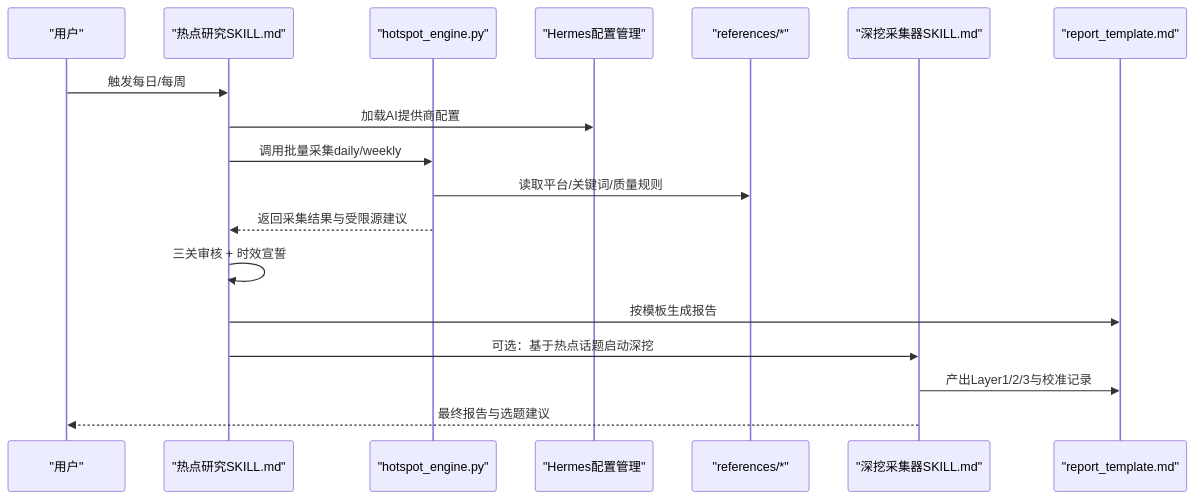
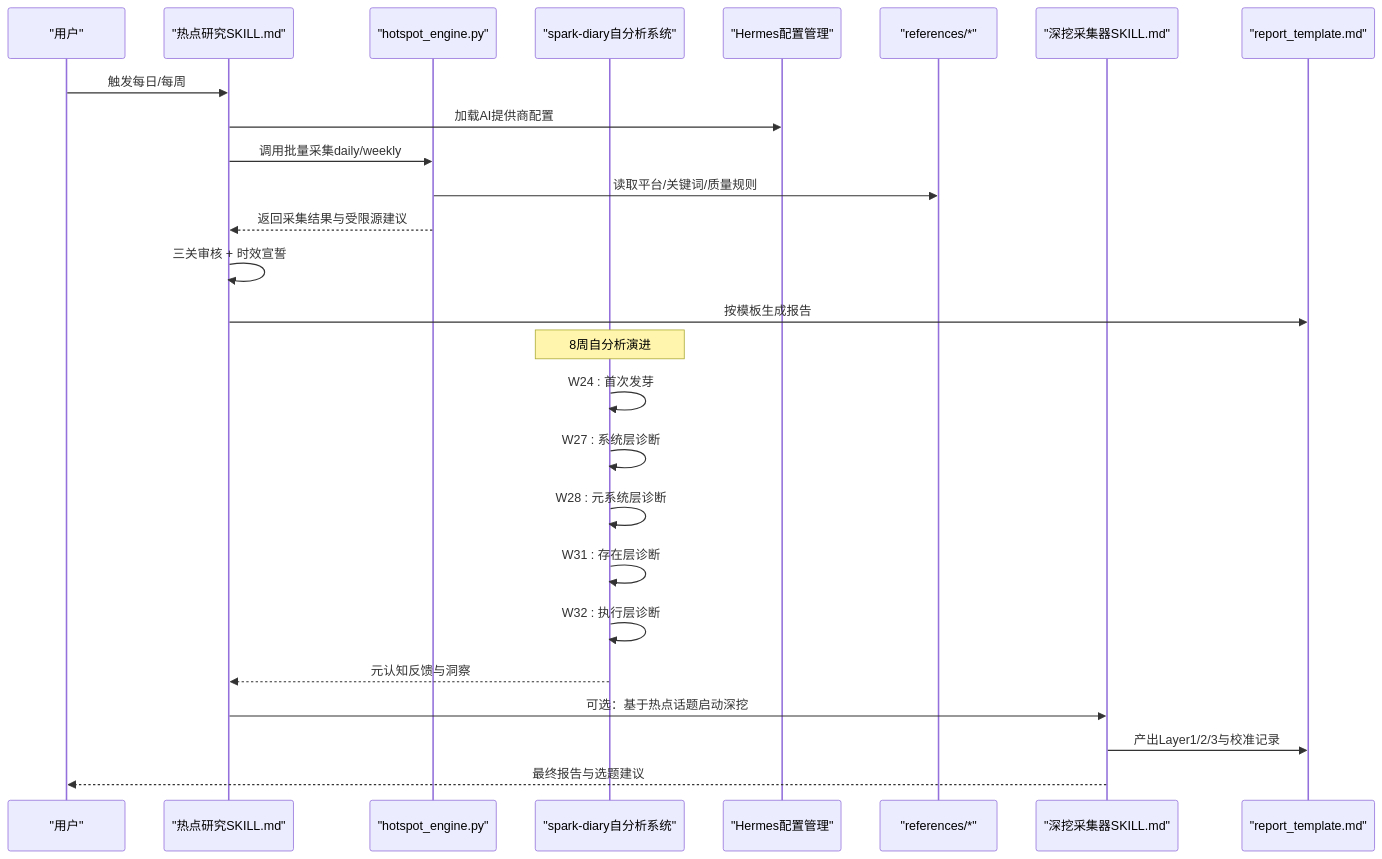
The second of 14 diagrams in .qoder/repowiki/zh/content/核心技能详解/核心技能详解.md (John198912/hermes_workspace), drawn with Mermaid before and after one commit. The commit also changed other lines of this file and 3 other files, not shown here.

````diff
--- a/.qoder/repowiki/zh/content/核心技能详解/核心技能详解.md
+++ b/.qoder/repowiki/zh/content/核心技能详解/核心技能详解.md
@@ -125,20 +159,28 @@
 ```mermaid
 sequenceDiagram
 participant User as "用户"
 participant Skill as "热点研究SKILL.md"
 participant Engine as "hotspot_engine.py"
+participant SparkDiary as "spark-diary自分析系统"
 participant Hermes as "Hermes配置管理"
 participant Ref as "references/*"
 participant Excavator as "深挖采集器SKILL.md"
 participant Template as "report_template.md"
 User->>Skill : 触发每日/每周
 Skill->>Hermes : 加载AI提供商配置
 Skill->>Engine : 调用批量采集daily/weekly
 Engine->>Ref : 读取平台/关键词/质量规则
 Engine-->>Skill : 返回采集结果与受限源建议
 Skill->>Skill : 三关审核 + 时效宣誓
 Skill->>Template : 按模板生成报告
+Note over SparkDiary : 8周自分析演进
+SparkDiary->>SparkDiary : W24 : 首次发芽
+SparkDiary->>SparkDiary : W27 : 系统层诊断
+SparkDiary->>SparkDiary : W28 : 元系统层诊断
+SparkDiary->>SparkDiary : W31 : 存在层诊断
+SparkDiary->>SparkDiary : W32 : 执行层诊断
+SparkDiary-->>Skill : 元认知反馈与洞察
 Skill->>Excavator : 可选：基于热点话题启动深挖
 Excavator->>Template : 产出Layer1/2/3与校准记录
 Excavator-->>User : 最终报告与选题建议
 ```
````
